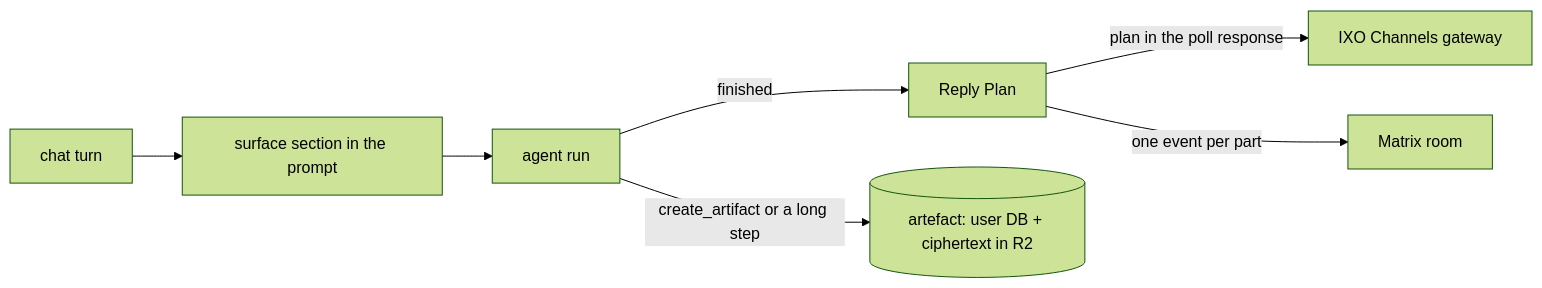
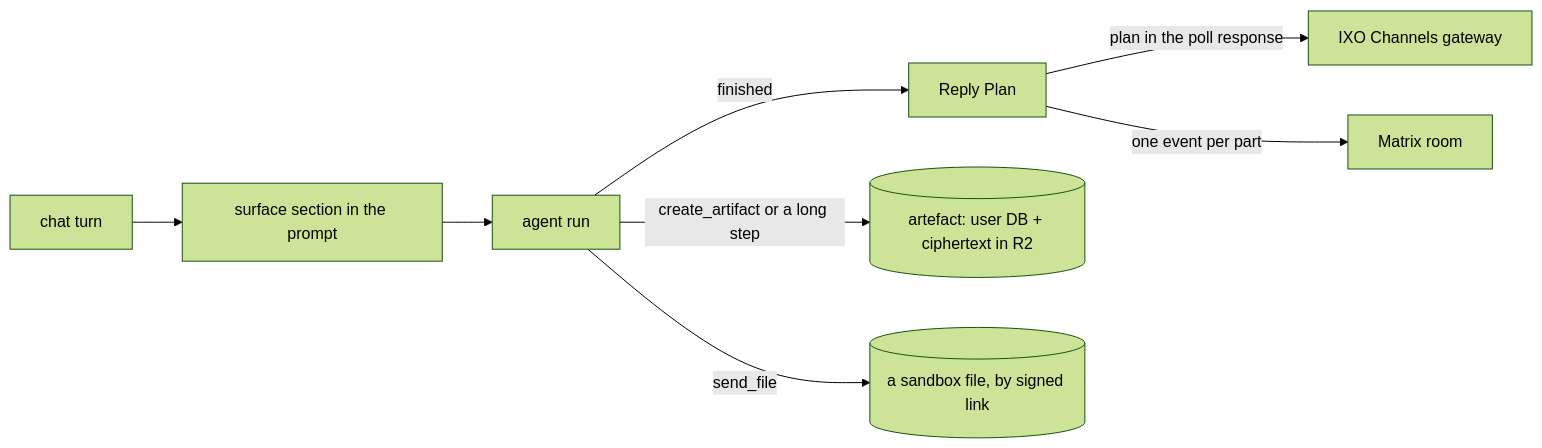
One commit to ixoworld/qiforge changed the diagram in packages/oracle-runtime-workers/docs/chat-delivery.md. Above: the diagram before and after it, drawn with Mermaid (forest theme). The commit also changed other lines of this file and 32 other files, not shown here.

First line of the commit message:
feat(oracle-runtime-workers): send sandbox files as chat attachments

````diff
--- a/packages/oracle-runtime-workers/docs/chat-delivery.md
+++ b/packages/oracle-runtime-workers/docs/chat-delivery.md
@@ -12,9 +12,10 @@
 ```mermaid
 graph LR
     Turn[chat turn] --> Prompt[surface section in the prompt]
     Prompt --> Run[agent run]
     Run -->|finished| Plan[Reply Plan]
     Plan -->|plan in the poll response| Channels[IXO Channels gateway]
     Plan -->|one event per part| Matrix[Matrix room]
     Run -->|create_artifact or a long step| Art[(artefact: user DB + ciphertext in R2)]
+    Run -->|send_file| File[(a sandbox file, by signed link)]
 ```
````
